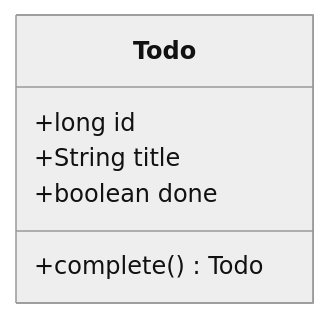
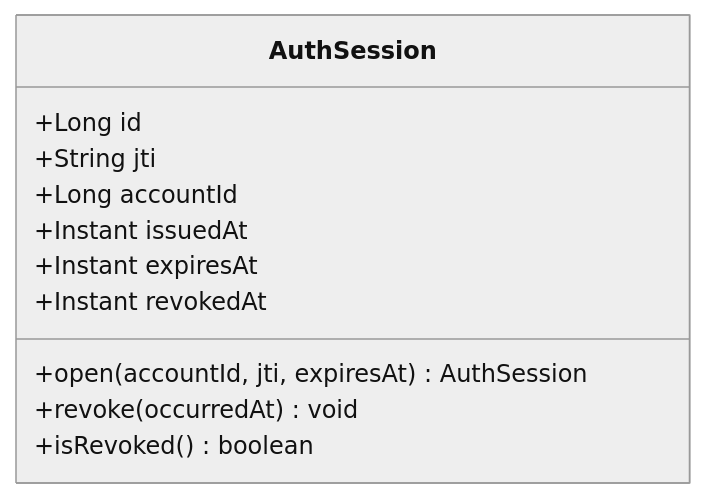
Before and after one commit to luyitiger6/my-first-project: the fourth of 6 diagrams in .qoder/repowiki/zh/content/后端开发/领域模型设计.md, drawn with Mermaid (neutral theme). The commit also changed other lines of this file and 42 other files, not shown here.

````diff
--- a/.qoder/repowiki/zh/content/后端开发/领域模型设计.md
+++ b/.qoder/repowiki/zh/content/后端开发/领域模型设计.md
@@ -109,9 +181,14 @@
 ```mermaid
 classDiagram
-class Todo {
-+long id
-+String title
-+boolean done
-+complete() Todo
+class AuthSession {
++Long id
++String jti
++Long accountId
++Instant issuedAt
++Instant expiresAt
++Instant revokedAt
++open(accountId, jti, expiresAt) AuthSession
++revoke(occurredAt) void
++isRevoked() boolean
 }
 ```
````
